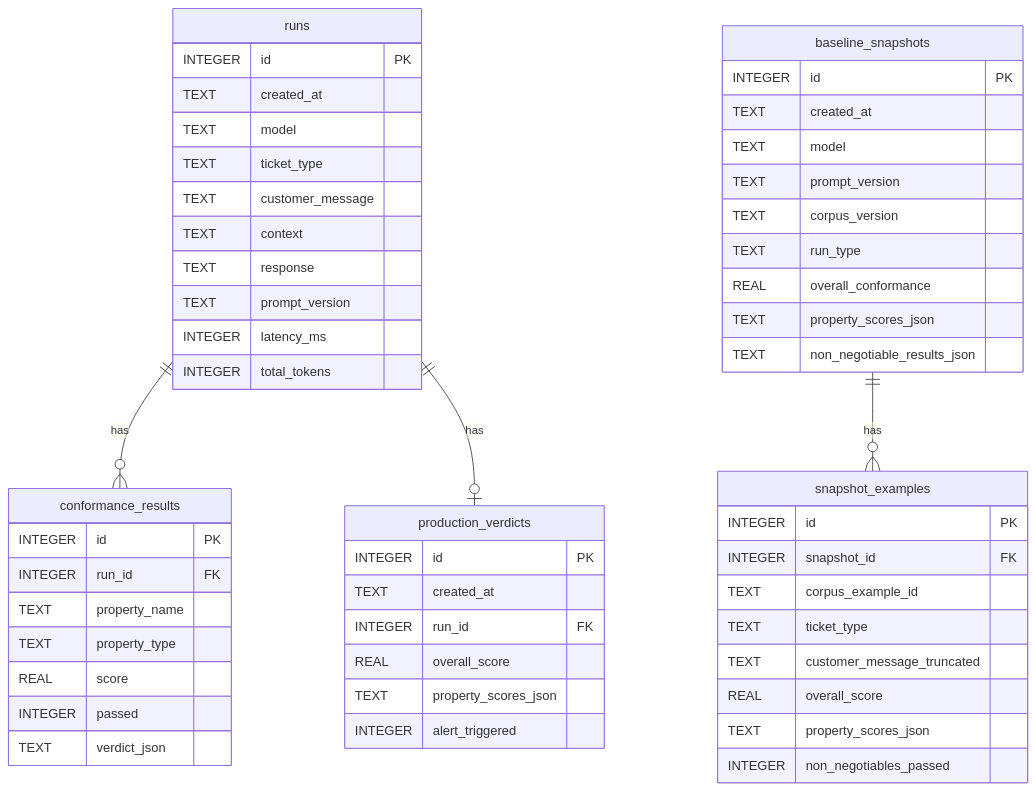
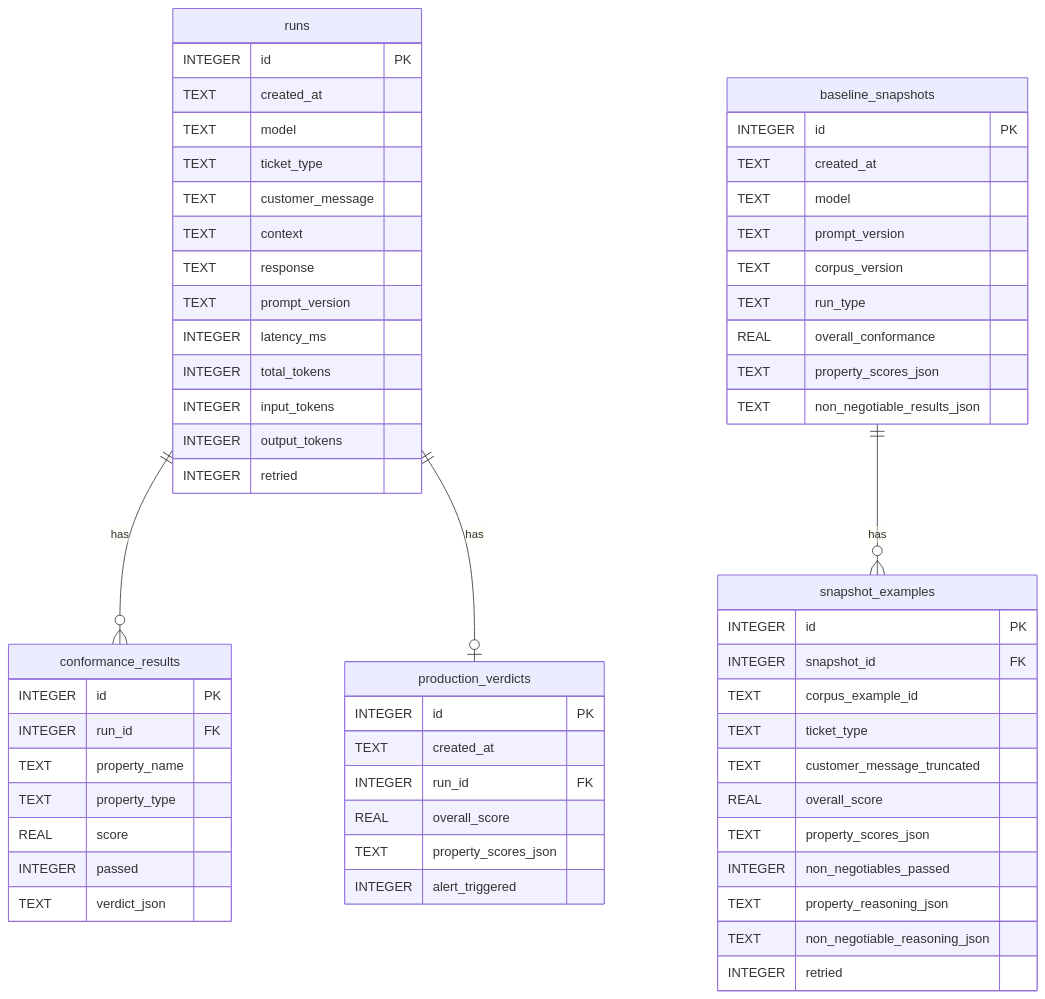
The fifth of 6 diagrams in docs/architecture.md (ad25343/GlassBox), drawn with Mermaid before and after one commit. The commit also changed other lines of this file and 20 other files, not shown here.

````diff
--- a/docs/architecture.md
+++ b/docs/architecture.md
@@ -185,61 +185,67 @@
 ```mermaid
 erDiagram
     runs {
         INTEGER id PK
         TEXT created_at
         TEXT model
         TEXT ticket_type
         TEXT customer_message
         TEXT context
         TEXT response
         TEXT prompt_version
         INTEGER latency_ms
         INTEGER total_tokens
+        INTEGER input_tokens
+        INTEGER output_tokens
+        INTEGER retried
     }
 
     conformance_results {
         INTEGER id PK
         INTEGER run_id FK
         TEXT property_name
         TEXT property_type
         REAL score
         INTEGER passed
         TEXT verdict_json
     }
 
     baseline_snapshots {
         INTEGER id PK
         TEXT created_at
         TEXT model
         TEXT prompt_version
         TEXT corpus_version
         TEXT run_type
         REAL overall_conformance
         TEXT property_scores_json
         TEXT non_negotiable_results_json
     }
 
     snapshot_examples {
         INTEGER id PK
         INTEGER snapshot_id FK
         TEXT corpus_example_id
         TEXT ticket_type
         TEXT customer_message_truncated
         REAL overall_score
         TEXT property_scores_json
         INTEGER non_negotiables_passed
+        TEXT property_reasoning_json
+        TEXT non_negotiable_reasoning_json
+        INTEGER retried
     }
 
     production_verdicts {
         INTEGER id PK
         TEXT created_at
         INTEGER run_id FK
         REAL overall_score
         TEXT property_scores_json
         INTEGER alert_triggered
     }
 
     runs ||--o{ conformance_results : "has"
     runs ||--o| production_verdicts : "has"
     baseline_snapshots ||--o{ snapshot_examples : "has"
 ```
````
